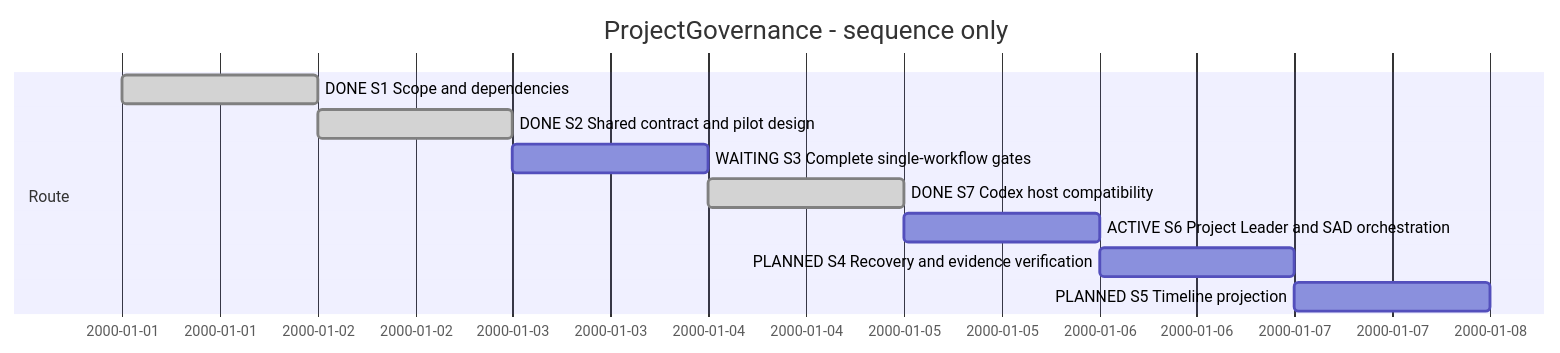
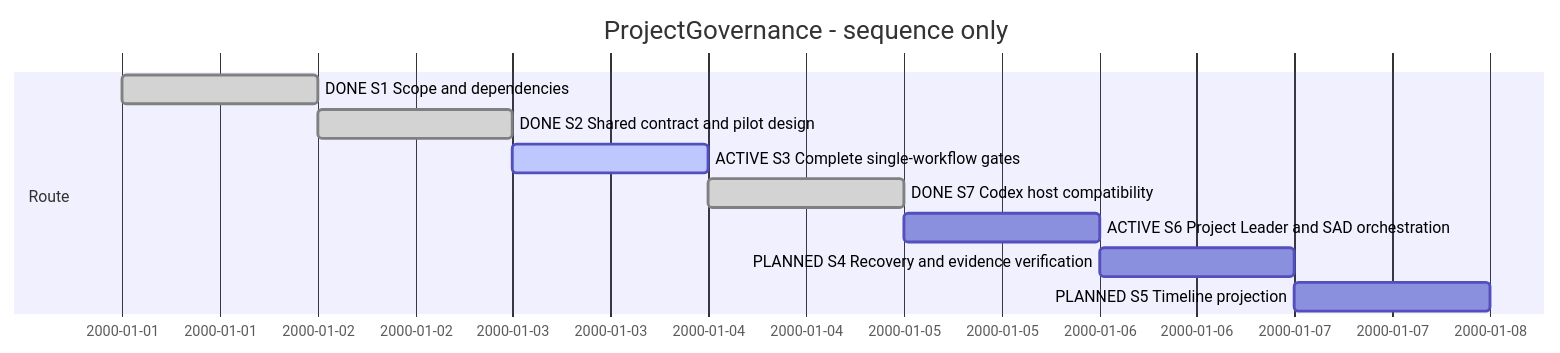
One commit to Hans-Einar/SDP changed the diagram in SDP/Sessions/session-#0007--Project_governance.md. Above: the diagram before and after it, drawn with Mermaid. The commit also changed other lines of this file and 53 other files, not shown here.

````diff
--- a/SDP/Sessions/session-#0007--Project_governance.md
+++ b/SDP/Sessions/session-#0007--Project_governance.md
@@ -13,13 +14,13 @@
 ```mermaid
 gantt
     title ProjectGovernance - sequence only
     dateFormat YYYY-MM-DD
     section Route
     DONE S1 Scope and dependencies :done,s1,2000-01-01,1d
     DONE S2 Shared contract and pilot design :done,s2,after s1,1d
-    WAITING S3 Complete single-workflow gates :s3,after s2,1d
+    ACTIVE S3 Complete single-workflow gates :active,s3,after s2,1d
     DONE S7 Codex host compatibility :done,s7,after s3,1d
     ACTIVE S6 Project Leader and SAD orchestration :s6,after s7,1d
     PLANNED S4 Recovery and evidence verification :s4,after s6,1d
     PLANNED S5 Timeline projection :s5,after s4,1d
 ```
````
